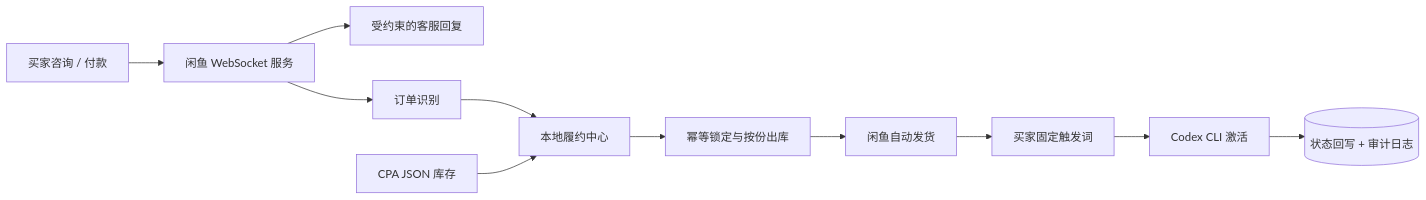
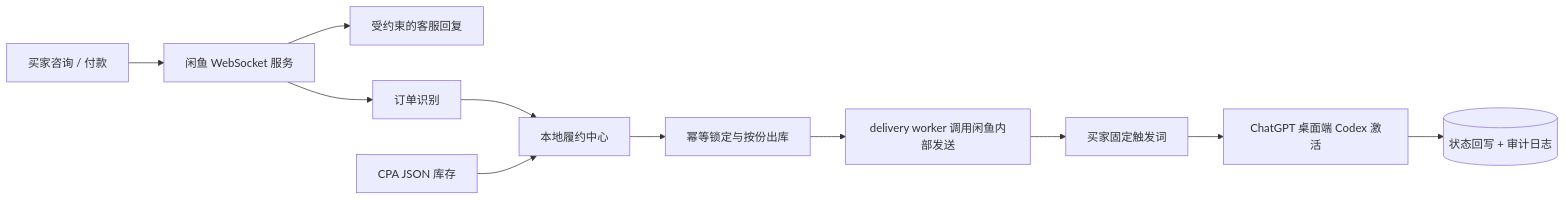
One commit to ZorIgn/xianyu-codex-commerce-suite changed the diagram in README.md. Above: the diagram before and after it, drawn with Mermaid. The commit also changed other lines of this file and 7 other files, not shown here.

````diff
--- a/README.md
+++ b/README.md
@@ -42,13 +54,13 @@
 ```mermaid
 flowchart LR
     B[买家咨询 / 付款] --> X[闲鱼 WebSocket 服务]
     X --> C[受约束的客服回复]
     X --> O[订单识别]
     O --> F[本地履约中心]
     J[CPA JSON 库存] --> F
     F --> L[幂等锁定与按份出库]
-    L --> D[闲鱼自动发货]
+    L --> D[delivery worker 调用闲鱼内部发送]
     D --> T[买家固定触发词]
-    T --> A[Codex CLI 激活]
+    T --> A[ChatGPT 桌面端 Codex 激活]
     A --> S[(状态回写 + 审计日志)]
 ```
````
